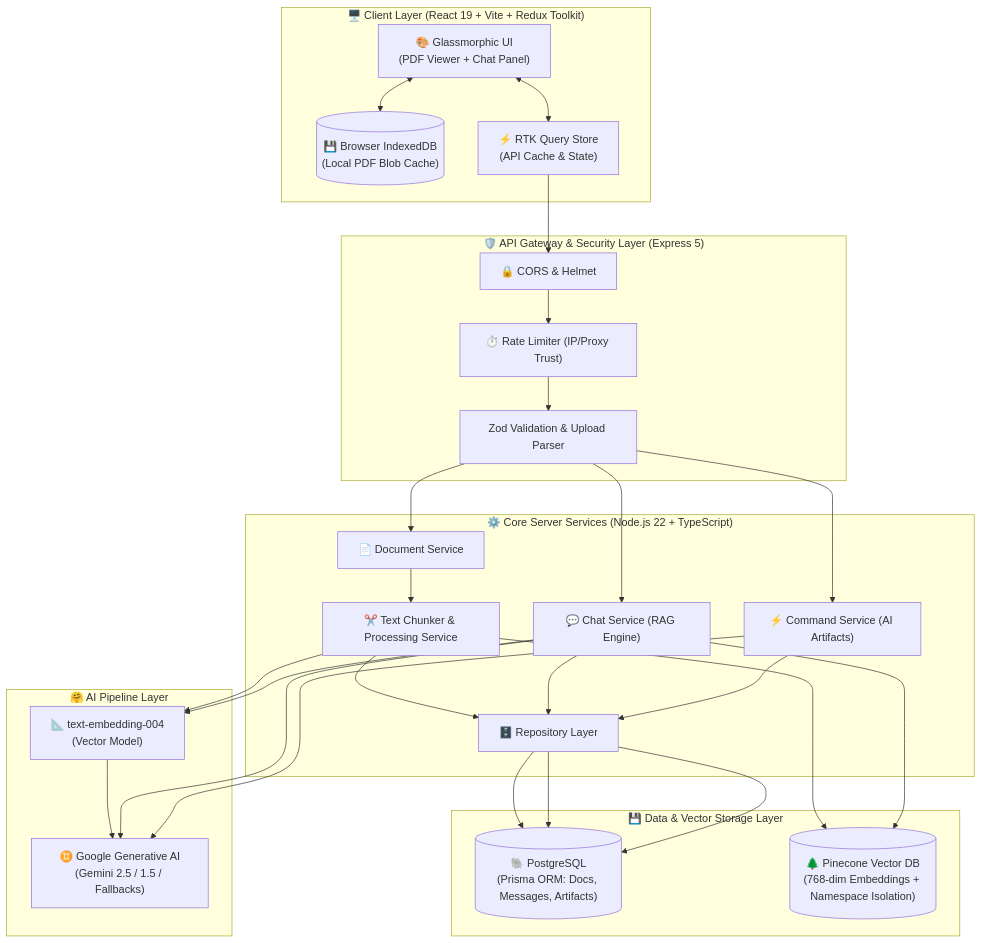
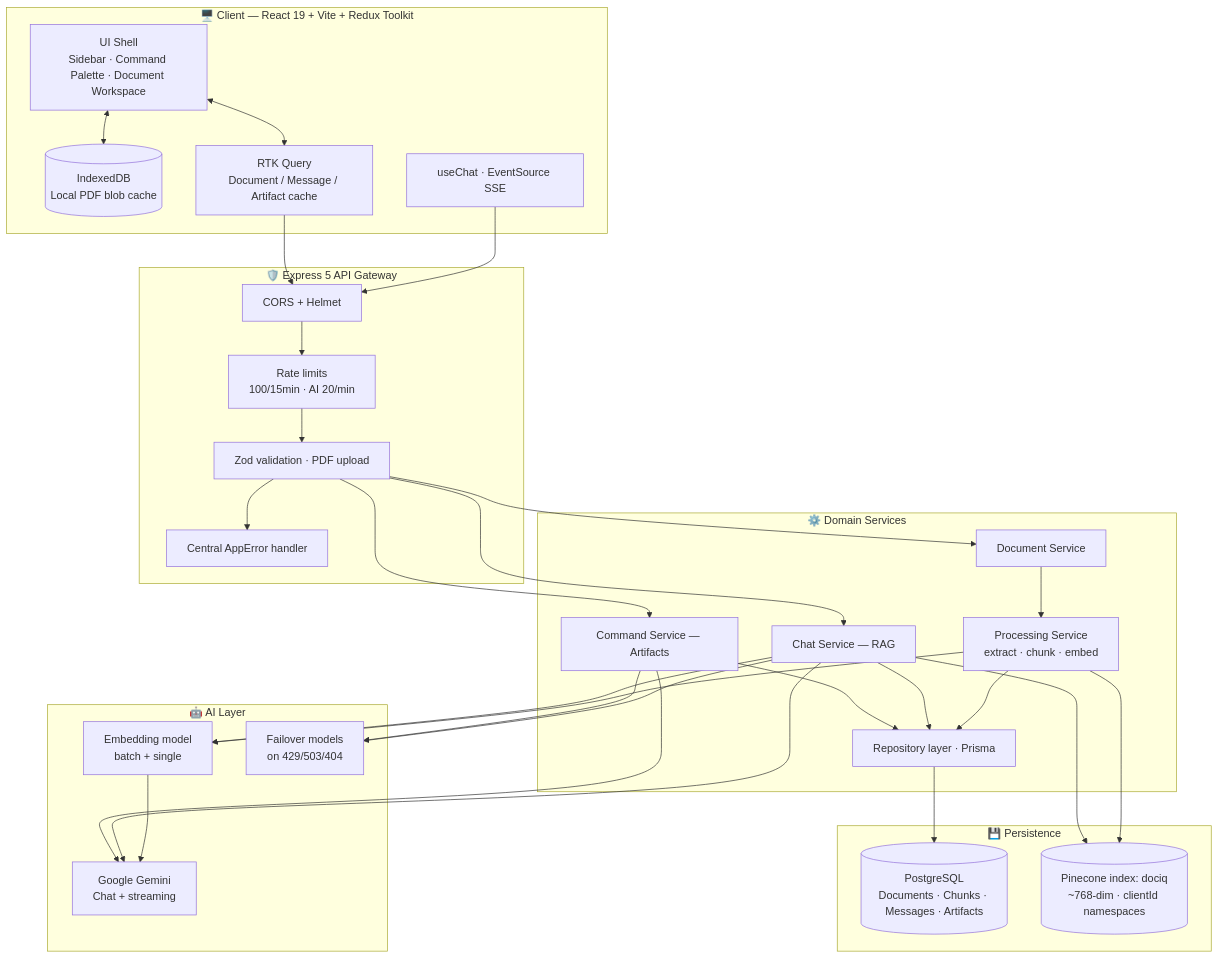
The first of 9 diagrams in README.md (harsh18082001/ai-pdf-intelligence), drawn with Mermaid before and after one commit. The commit also changed other lines of this file and 1 other file, not shown here.

````diff
--- a/README.md
+++ b/README.md
@@ -41,47 +57,54 @@
 ```mermaid
 graph TB
-    subgraph Client ["🖥️ Client Layer (React 19 + Vite + Redux Toolkit)"]
-        UI["🎨 Glassmorphic UI\n(PDF Viewer + Chat Panel)"]
-        IDB[("💾 Browser IndexedDB\n(Local PDF Blob Cache)")]
-        RTK["⚡ RTK Query Store\n(API Cache & State)"]
+    subgraph Client ["🖥️ Client — React 19 + Vite + Redux Toolkit"]
+        UI["UI Shell<br/>Sidebar · Command Palette · Document Workspace"]
+        IDB[("IndexedDB<br/>Local PDF blob cache")]
+        RTK["RTK Query<br/>Document / Message / Artifact cache"]
+        CHAT["useChat · EventSource SSE"]
     end
 
-    subgraph Middleware ["🛡️ API Gateway & Security Layer (Express 5)"]
-        CORS["🔒 CORS & Helmet"]
-        RL["⏱️ Rate Limiter (IP/Proxy Trust)"]
-        VAL["Zod Validation & Upload Parser"]
+    subgraph Gateway ["🛡️ Express 5 API Gateway"]
+        CORS["CORS + Helmet"]
+        RL["Rate limits<br/>100/15min · AI 20/min"]
+        VAL["Zod validation · PDF upload"]
+        ERR["Central AppError handler"]
     end
 
-    subgraph Backend ["⚙️ Core Server Services (Node.js 22 + TypeScript)"]
-        DS["📄 Document Service"]
-        PS["✂️ Text Chunker & Processing Service"]
-        CS["💬 Chat Service (RAG Engine)"]
-        CMD["⚡ Command Service (AI Artifacts)"]
-        REPO["🗄️ Repository Layer"]
+    subgraph Domain ["⚙️ Domain Services"]
+        DS["Document Service"]
+        PS["Processing Service<br/>extract · chunk · embed"]
+        CS["Chat Service — RAG"]
+        CMD["Command Service — Artifacts"]
+        REPO["Repository layer · Prisma"]
     end
 
-    subgraph Storage ["💾 Data & Vector Storage Layer"]
-        PG[("🐘 PostgreSQL\n(Prisma ORM: Docs, Messages, Artifacts)")]
-        PC[("🌲 Pinecone Vector DB\n(768-dim Embeddings + Namespace Isolation)")]
+    subgraph Storage ["💾 Persistence"]
+        PG[("PostgreSQL<br/>Documents · Chunks · Messages · Artifacts")]
+        PC[("Pinecone index: dociq<br/>~768-dim · clientId namespaces")]
     end
 
-    subgraph AI ["🤗 AI Pipeline Layer"]
-        GEM["♊ Google Generative AI\n(Gemini 2.5 / 1.5 / Fallbacks)"]
-        EMB["📐 text-embedding-004\n(Vector Model)"]
+    subgraph AI ["🤖 AI Layer"]
+        GEM["Google Gemini<br/>Chat + streaming"]
+        EMB["Embedding model<br/>batch + single"]
+        FB["Failover models<br/>on 429/503/404"]
     end
 
     UI <--> IDB
     UI <--> RTK
-    RTK --> CORS --> RL --> VAL
+    CHAT --> CORS
+    RTK --> CORS
+    CORS --> RL --> VAL --> ERR
     VAL --> DS & CS & CMD
     DS --> PS
     PS --> EMB --> GEM
     PS --> PC
     PS --> REPO --> PG
     CS --> EMB
     CS --> PC
     CS --> GEM
-    CS --> REPO --> PG
-    CMD --> REPO --> PG
+    CS --> FB
+    CS --> REPO
+    CMD --> REPO
     CMD --> GEM
+    CMD --> FB
 ```
````
